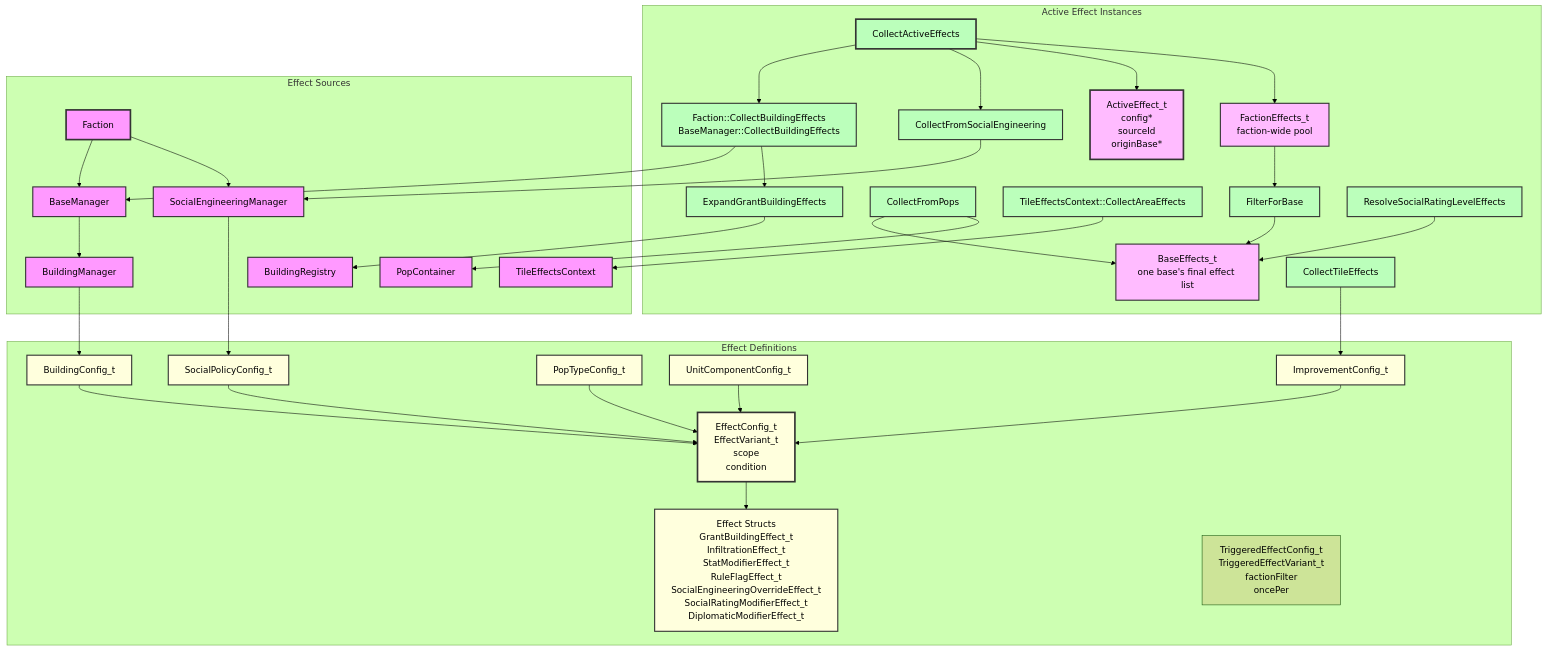
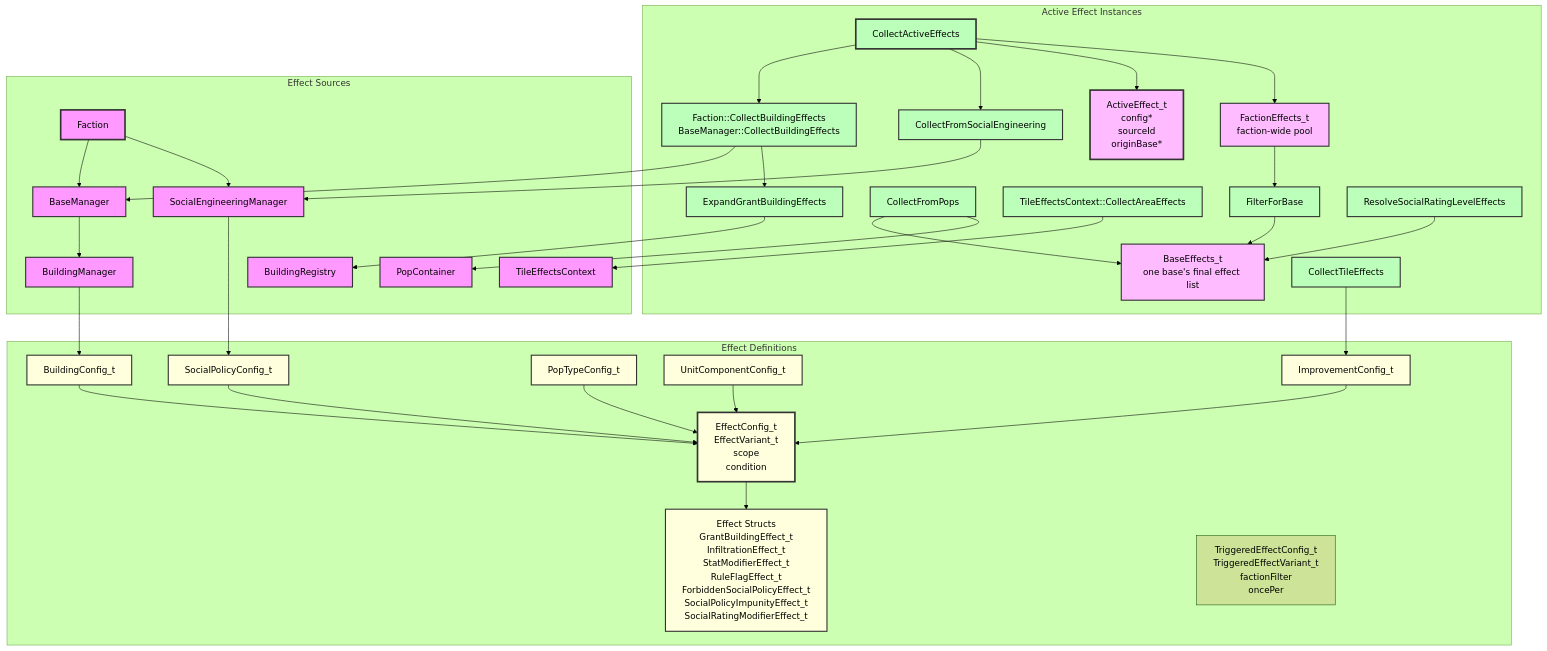
The diagram in docs/architecture/effects-system.md (kilianloftis/alpha-centauri), drawn with Mermaid (forest theme) before and after one commit. The commit also changed other lines of this file and 20 other files, not shown here.

Commit message:
Social immunity/impunity

```diff
--- a/docs/architecture/effects-system.md
+++ b/docs/architecture/effects-system.md
@@ -9,7 +9,7 @@
         UnitComponentConfig[UnitComponentConfig_t]
         SocialPolicyConfig_t[SocialPolicyConfig_t]
         EffectConfig[EffectConfig_t<br/>EffectVariant_t<br/>scope<br/>condition]
-        EffectStructs[Effect Structs<br/>GrantBuildingEffect_t<br/>InfiltrationEffect_t<br/>StatModifierEffect_t<br/>RuleFlagEffect_t<br/>SocialEngineeringOverrideEffect_t<br/>SocialRatingModifierEffect_t<br/>DiplomaticModifierEffect_t]
+        EffectStructs[Effect Structs<br/>GrantBuildingEffect_t<br/>InfiltrationEffect_t<br/>StatModifierEffect_t<br/>RuleFlagEffect_t<br/>ForbiddenSocialPolicyEffect_t<br/>SocialPolicyImpunityEffect_t<br/>SocialRatingModifierEffect_t]
         TriggeredConfig[TriggeredEffectConfig_t<br/>TriggeredEffectVariant_t<br/>factionFilter<br/>oncePer]
     end
 
```
